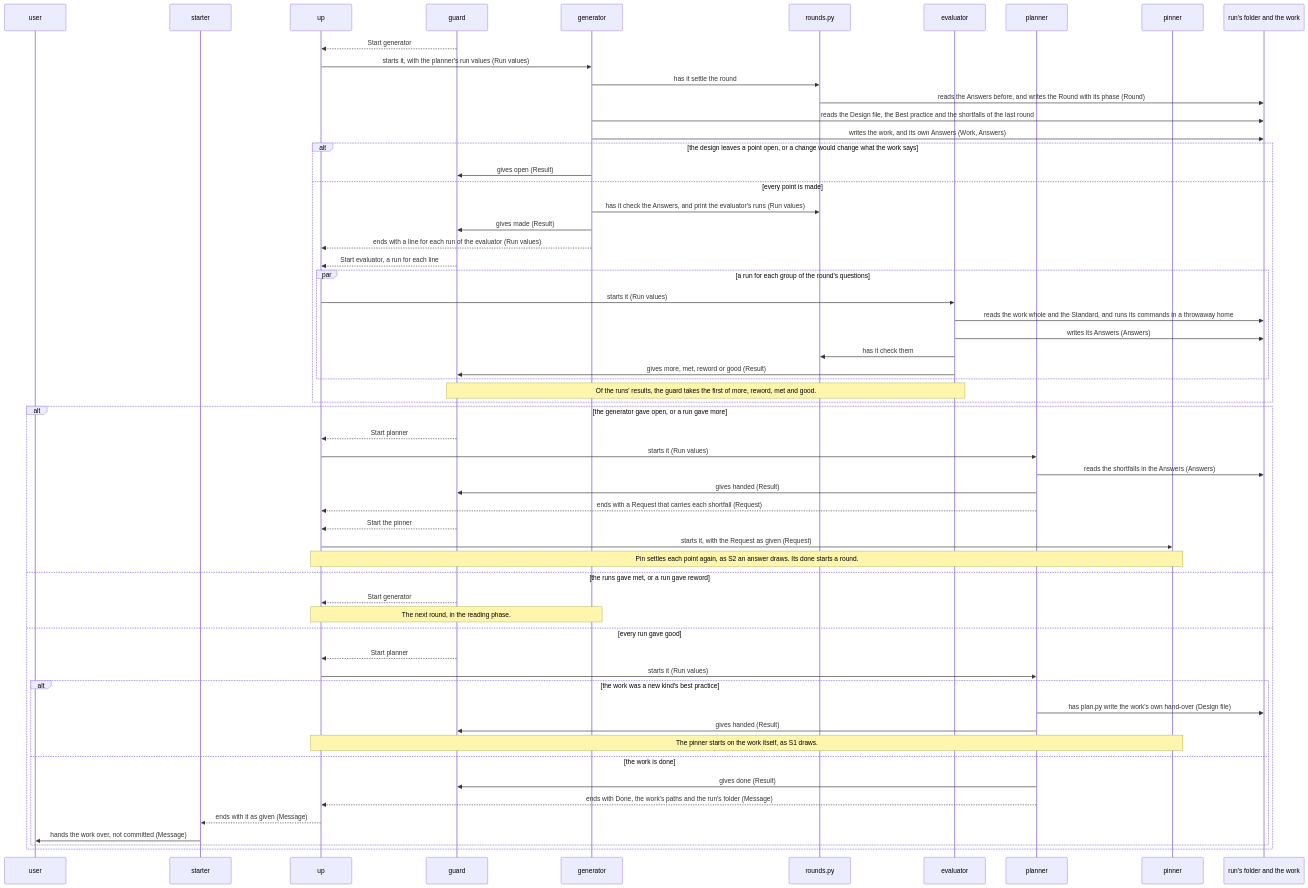
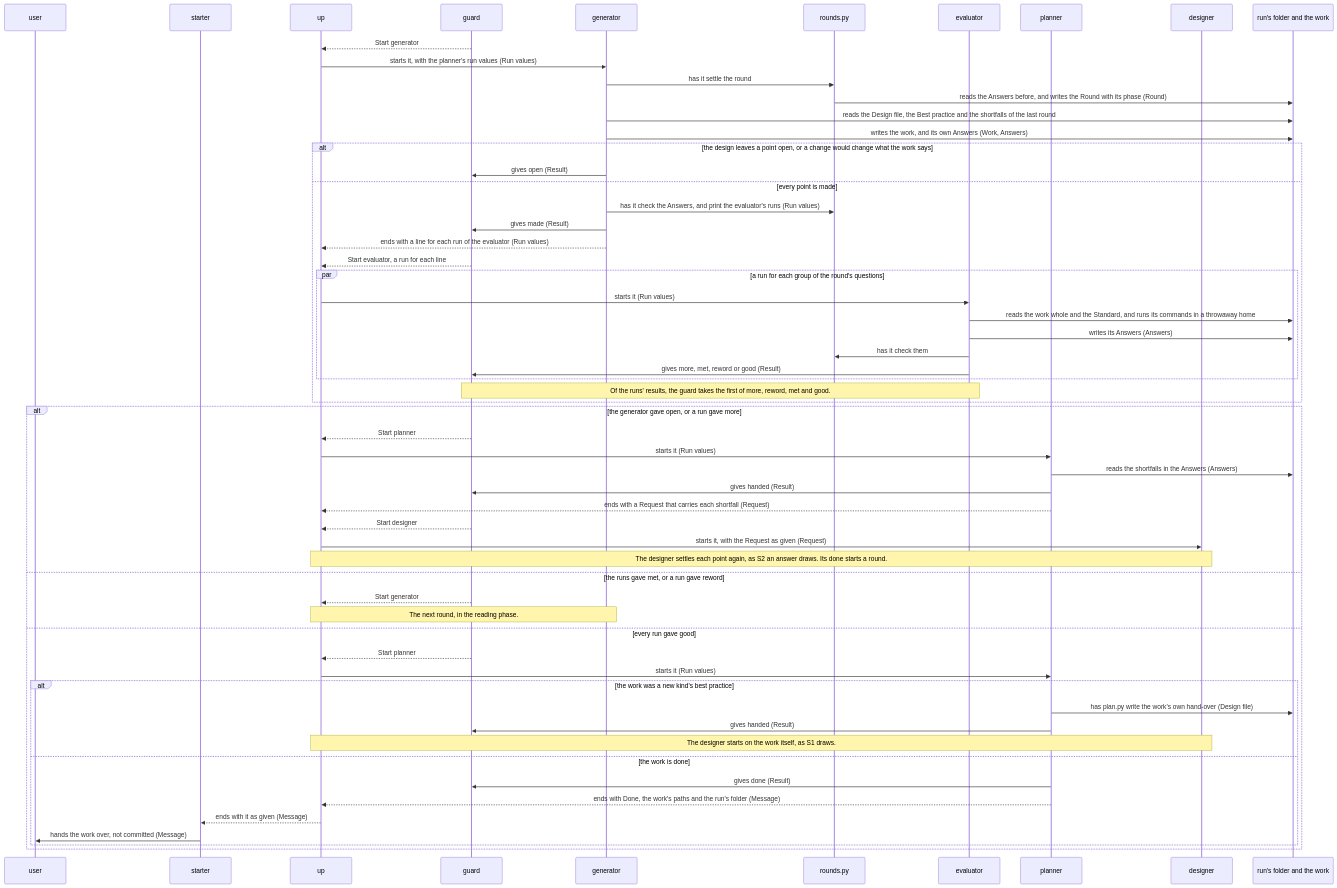
One commit to lovaizu/ccpm changed the third of 3 diagrams in dev/turn/architecture.md. Above: the diagram before and after it, drawn with Mermaid. The commit also changed other lines of this file and 16 other files, not shown here.

````diff
--- a/dev/turn/architecture.md
+++ b/dev/turn/architecture.md
@@ -328,61 +329,61 @@
 ```mermaid
 sequenceDiagram
   participant R as user
   participant ST as starter
   participant U as up
   participant G as guard
   participant GE as generator
   participant RS as rounds.py
   participant E as evaluator
   participant PL as planner
-  participant PN as pinner
+  participant PN as designer
   participant F as run's folder and the work
   G-->>U: Start generator
   U->>GE: starts it, with the planner's run values (Run values)
   GE->>RS: has it settle the round
   RS->>F: reads the Answers before, and writes the Round with its phase (Round)
   GE->>F: reads the Design file, the Best practice and the shortfalls of the last round
   GE->>F: writes the work, and its own Answers (Work, Answers)
   alt the design leaves a point open, or a change would change what the work says
     GE->>G: gives open (Result)
   else every point is made
     GE->>RS: has it check the Answers, and print the evaluator's runs (Run values)
     GE->>G: gives made (Result)
     GE-->>U: ends with a line for each run of the evaluator (Run values)
     G-->>U: Start evaluator, a run for each line
     par a run for each group of the round's questions
       U->>E: starts it (Run values)
       E->>F: reads the work whole and the Standard, and runs its commands in a throwaway home
       E->>F: writes its Answers (Answers)
       E->>RS: has it check them
       E->>G: gives more, met, reword or good (Result)
     end
     Note over G,E: Of the runs' results, the guard takes the first of more, reword, met and good.
   end
   alt the generator gave open, or a run gave more
     G-->>U: Start planner
     U->>PL: starts it (Run values)
     PL->>F: reads the shortfalls in the Answers (Answers)
     PL->>G: gives handed (Result)
     PL-->>U: ends with a Request that carries each shortfall (Request)
-    G-->>U: Start the pinner
+    G-->>U: Start designer
     U->>PN: starts it, with the Request as given (Request)
-    Note over U,PN: Pin settles each point again, as S2 an answer draws. Its done starts a round.
+    Note over U,PN: The designer settles each point again, as S2 an answer draws. Its done starts a round.
   else the runs gave met, or a run gave reword
     G-->>U: Start generator
     Note over U,GE: The next round, in the reading phase.
   else every run gave good
     G-->>U: Start planner
     U->>PL: starts it (Run values)
     alt the work was a new kind's best practice
       PL->>F: has plan.py write the work's own hand-over (Design file)
       PL->>G: gives handed (Result)
-      Note over U,PN: The pinner starts on the work itself, as S1 draws.
+      Note over U,PN: The designer starts on the work itself, as S1 draws.
     else the work is done
       PL->>G: gives done (Result)
       PL-->>U: ends with Done, the work's paths and the run's folder (Message)
       U-->>ST: ends with it as given (Message)
       ST->>R: hands the work over, not committed (Message)
     end
   end
 ```
````
